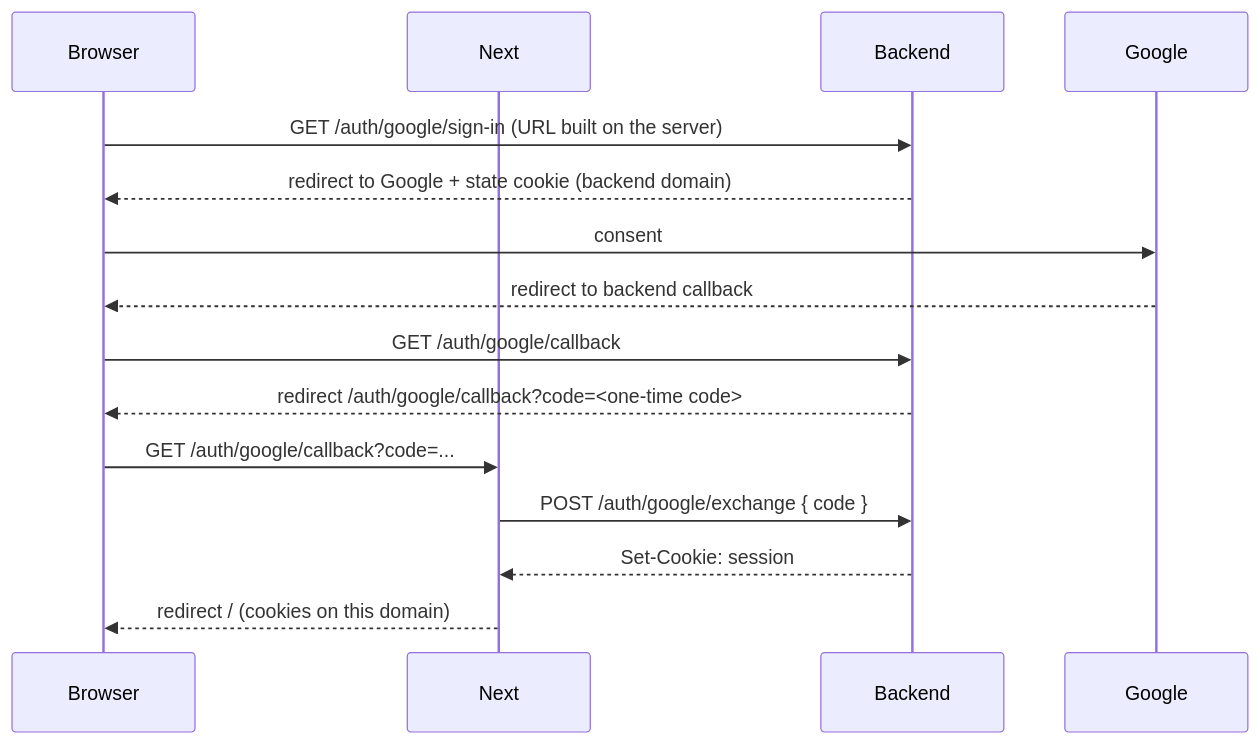
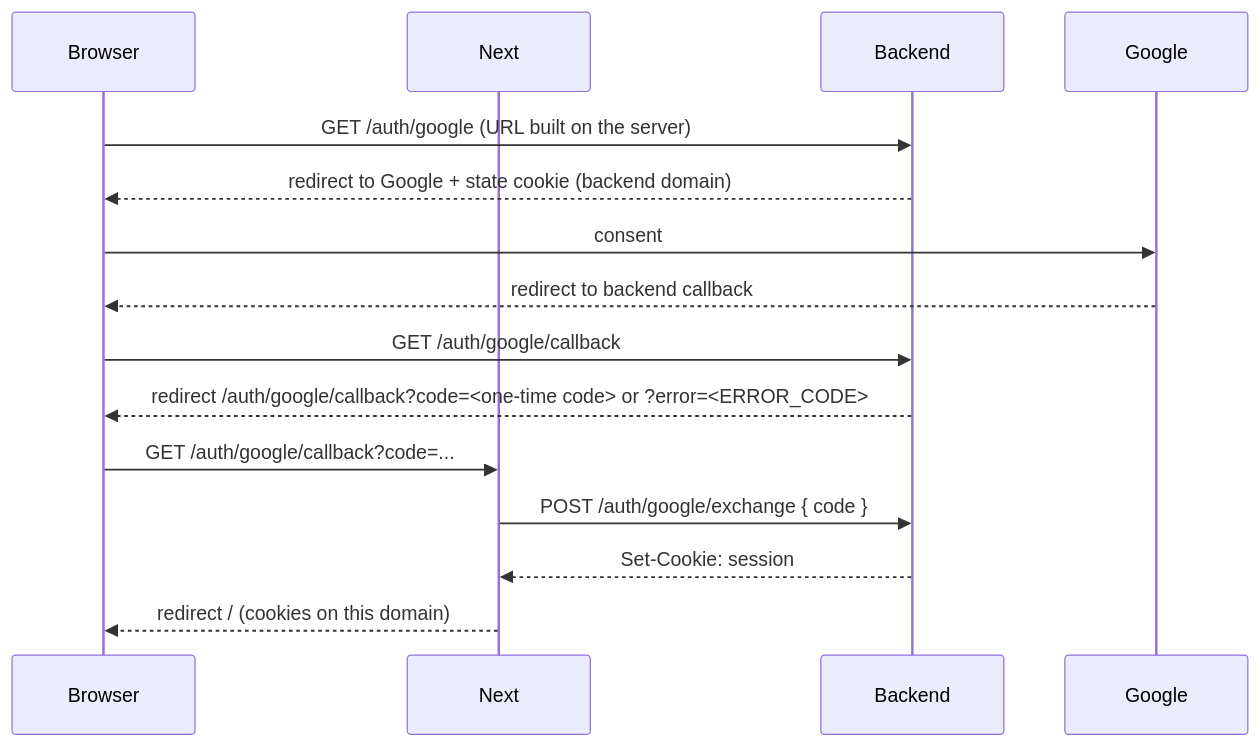
One commit to KaterynaKocheharova/Practice-app changed the second of 2 diagrams in front/src/docs/architecture/api-requests.md. Above: the diagram before and after it, drawn with Mermaid. The commit also changed other lines of this file and 101 other files, not shown here.

Commit message:
complete frontend auth flow update: leave google oauth only & add onboarding flows

````diff
--- a/front/src/docs/architecture/api-requests.md
+++ b/front/src/docs/architecture/api-requests.md
@@ -50,17 +50,17 @@
 ```mermaid
 sequenceDiagram
   participant B as Browser
   participant N as Next
   participant BE as Backend
   participant G as Google
-  B->>BE: GET /auth/google/sign-in (URL built on the server)
+  B->>BE: GET /auth/google (URL built on the server)
   BE-->>B: redirect to Google + state cookie (backend domain)
   B->>G: consent
   G-->>B: redirect to backend callback
   B->>BE: GET /auth/google/callback
-  BE-->>B: redirect /auth/google/callback?code=<one-time code>
+  BE-->>B: redirect /auth/google/callback?code=<one-time code> or ?error=<ERROR_CODE>
   B->>N: GET /auth/google/callback?code=...
   N->>BE: POST /auth/google/exchange { code }
   BE-->>N: Set-Cookie: session
   N-->>B: redirect / (cookies on this domain)
 ```
````
